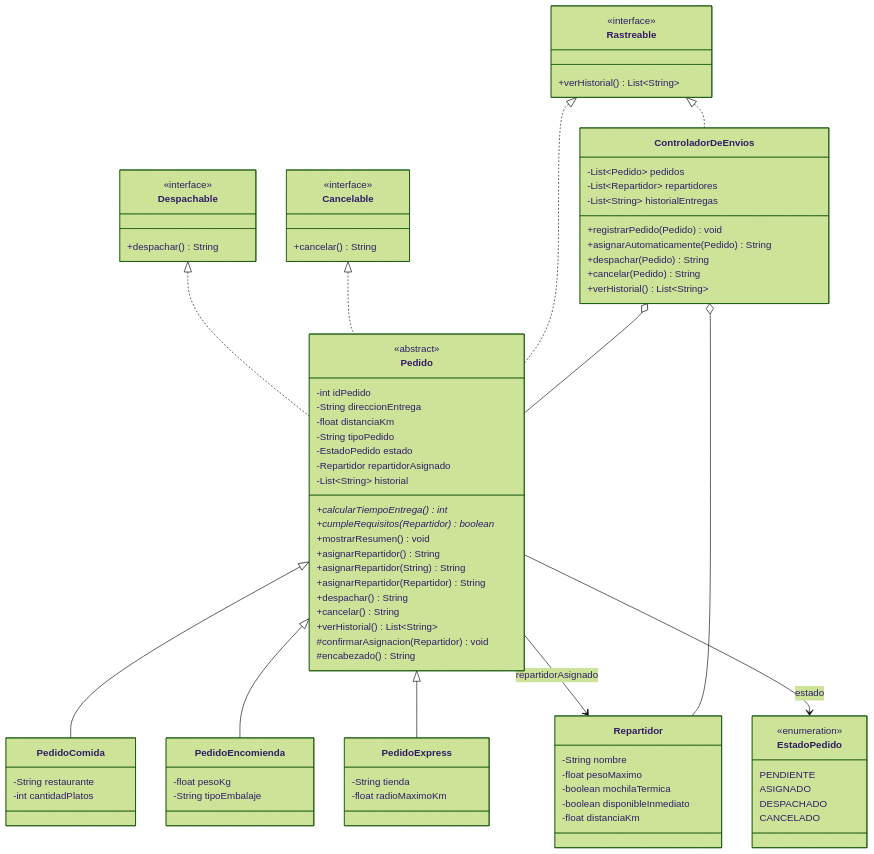
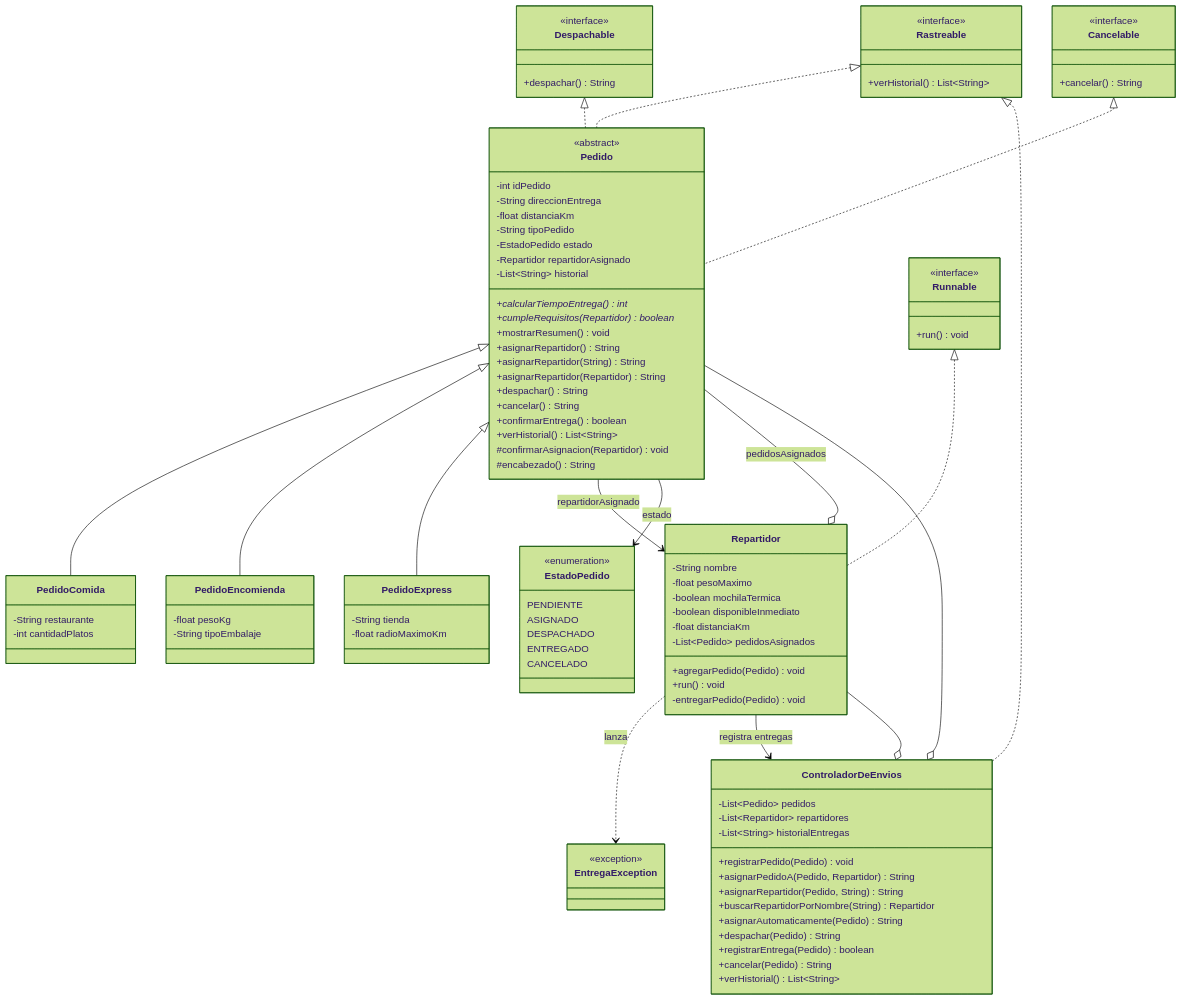
One commit to sara-rioseco/speedfast changed the diagram in README.md. Above: the diagram before and after it, drawn with Mermaid (forest theme). The commit also changed other lines of this file and 13 other files, not shown here.

Commit message:
- Clase Repartidor implementa Runnable - Pedido utiliza synchronized en métodos - Agrega estado pedido ENTREGADO - ControladorDeEnvios utiliza synchronized ne métodos - Crea EntregaException para errores en entregas - Actualiza README.md

````diff
--- a/README.md
+++ b/README.md
@@ -90,6 +98,7 @@
         +asignarRepartidor(Repartidor) String
         +despachar() String
         +cancelar() String
+        +confirmarEntrega() boolean
         +verHistorial() List~String~
         #confirmarAsignacion(Repartidor) void
         #encabezado() String
@@ -113,10 +122,19 @@
         -List~Repartidor~ repartidores
         -List~String~ historialEntregas
         +registrarPedido(Pedido) void
+        +asignarPedidoA(Pedido, Repartidor) String
+        +asignarRepartidor(Pedido, String) String
+        +buscarRepartidorPorNombre(String) Repartidor
         +asignarAutomaticamente(Pedido) String
         +despachar(Pedido) String
+        +registrarEntrega(Pedido) boolean
         +cancelar(Pedido) String
         +verHistorial() List~String~
+    }
+
+    class Runnable {
+        <<interface>>
+        +run() void
     }
 
     class Repartidor {
@@ -125,6 +143,10 @@
         -boolean mochilaTermica
         -boolean disponibleInmediato
         -float distanciaKm
+        -List~Pedido~ pedidosAsignados
+        +agregarPedido(Pedido) void
+        +run() void
+        -entregarPedido(Pedido) void
     }
 
     class EstadoPedido {
@@ -132,18 +154,27 @@
         PENDIENTE
         ASIGNADO
         DESPACHADO
+        ENTREGADO
         CANCELADO
+    }
+
+    class EntregaException {
+        <<exception>>
     }
 
     Despachable <|.. Pedido
     Cancelable <|.. Pedido
     Rastreable <|.. Pedido
     Rastreable <|.. ControladorDeEnvios
+    Runnable <|.. Repartidor
     Pedido <|-- PedidoComida
     Pedido <|-- PedidoEncomienda
     Pedido <|-- PedidoExpress
     Pedido --> Repartidor : repartidorAsignado
     Pedido --> EstadoPedido : estado
+    Repartidor o-- Pedido : pedidosAsignados
+    Repartidor ..> EntregaException : lanza
+    Repartidor --> ControladorDeEnvios : registra entregas
     ControladorDeEnvios o-- Pedido
     ControladorDeEnvios o-- Repartidor
 ```
````
